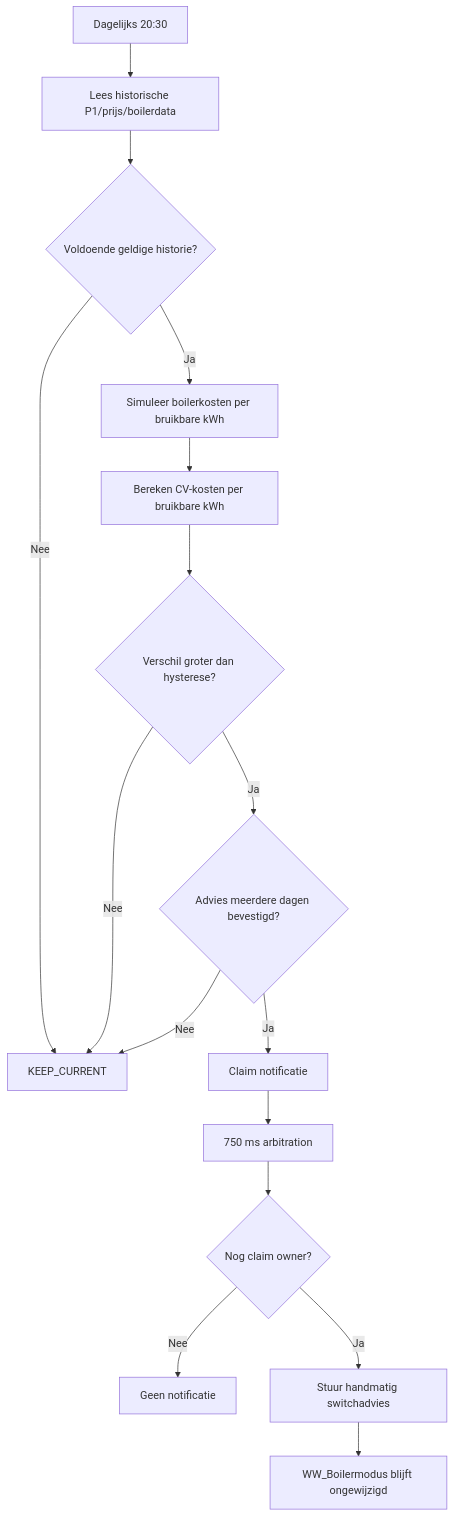
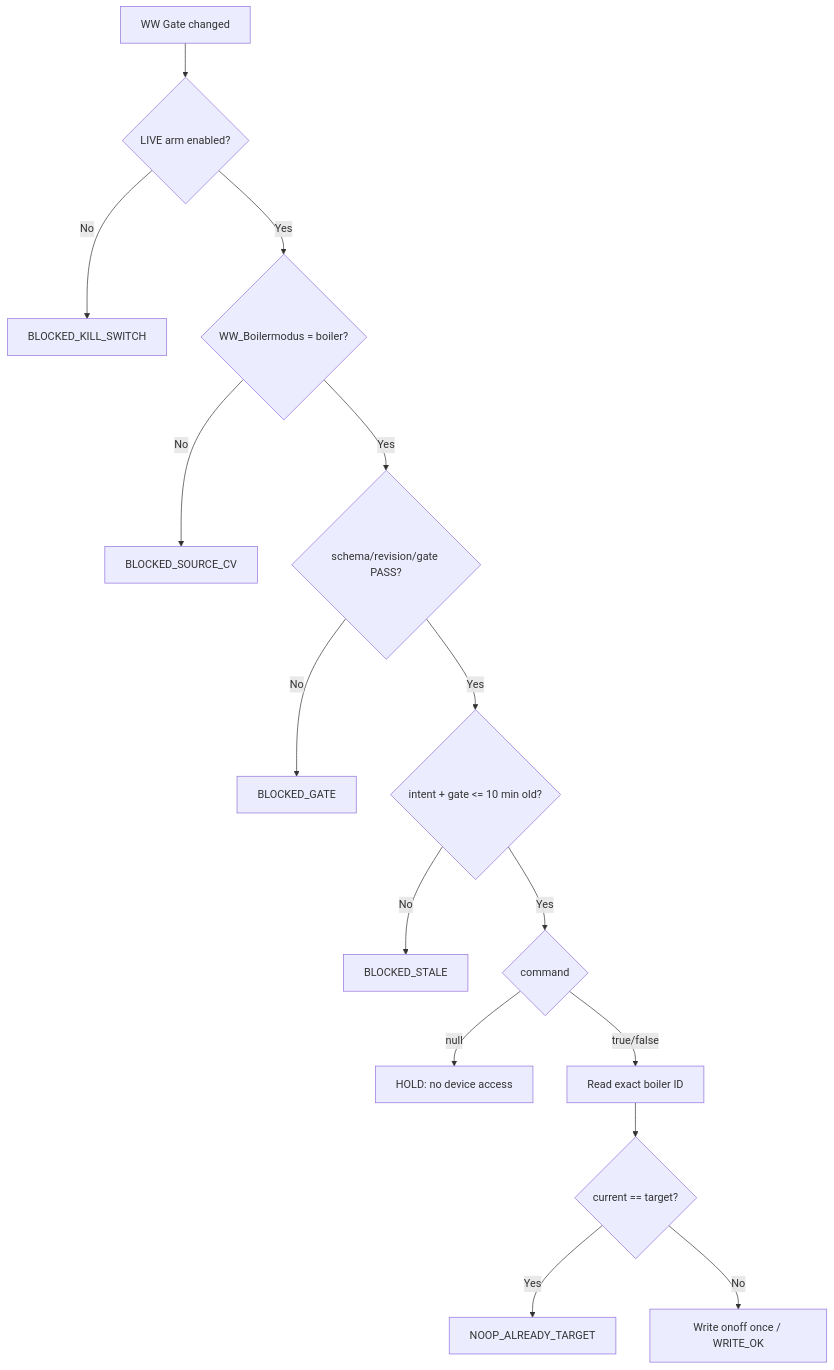
One commit to OnsKasteeltje/homey-energy-manual changed the fourth of 4 diagrams in docs/software-architecture/flows/boiler-flow.md. Above: the diagram before and after it, drawn with Mermaid. The commit also changed other lines of this file, not shown here.

Commit message:
docs: align warm-water flow diagrams with live WW production chain

````diff
--- a/docs/software-architecture/flows/boiler-flow.md
+++ b/docs/software-architecture/flows/boiler-flow.md
@@ -276,18 +141,17 @@
 ```mermaid
 flowchart TD
-    A[Dagelijks 20:30] --> B[Lees historische P1/prijs/boilerdata]
-    B --> C{Voldoende geldige historie?}
-    C -->|Nee| D[KEEP_CURRENT]
-    C -->|Ja| E[Simuleer boilerkosten per bruikbare kWh]
-    E --> F[Bereken CV-kosten per bruikbare kWh]
-    F --> G{Verschil groter dan hysterese?}
-    G -->|Nee| D
-    G -->|Ja| H{Advies meerdere dagen bevestigd?}
-    H -->|Nee| D
-    H -->|Ja| I[Claim notificatie]
-    I --> J[750 ms arbitration]
-    J --> K{Nog claim owner?}
-    K -->|Nee| L[Geen notificatie]
-    K -->|Ja| M[Stuur handmatig switchadvies]
-    M --> N[WW_Boilermodus blijft ongewijzigd]
+    A[WW Gate changed] --> B{LIVE arm enabled?}
+    B -->|No| X[BLOCKED_KILL_SWITCH]
+    B -->|Yes| C{WW_Boilermodus = boiler?}
+    C -->|No| Y[BLOCKED_SOURCE_CV]
+    C -->|Yes| D{schema/revision/gate PASS?}
+    D -->|No| Z[BLOCKED_GATE]
+    D -->|Yes| E{intent + gate <= 10 min old?}
+    E -->|No| W[BLOCKED_STALE]
+    E -->|Yes| F{command}
+    F -->|null| G[HOLD: no device access]
+    F -->|true/false| H[Read exact boiler ID]
+    H --> I{current == target?}
+    I -->|Yes| J[NOOP_ALREADY_TARGET]
+    I -->|No| K[Write onoff once / WRITE_OK]
 ```
````
